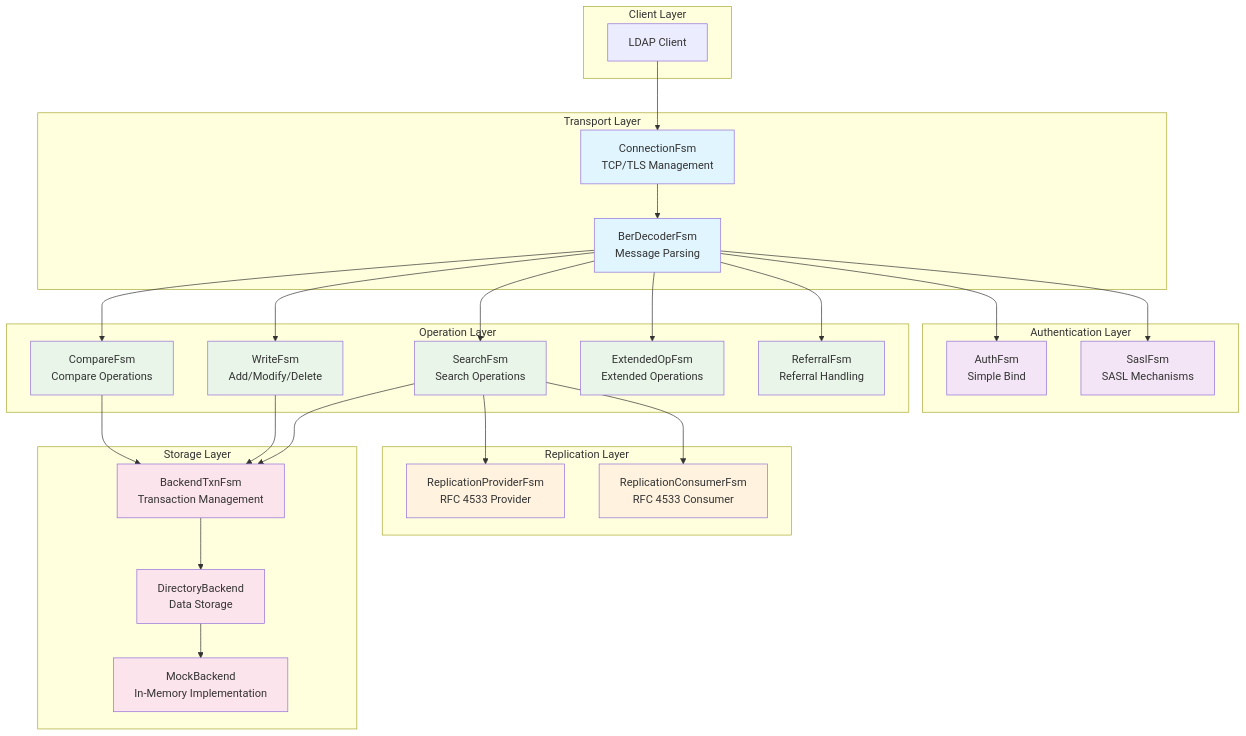
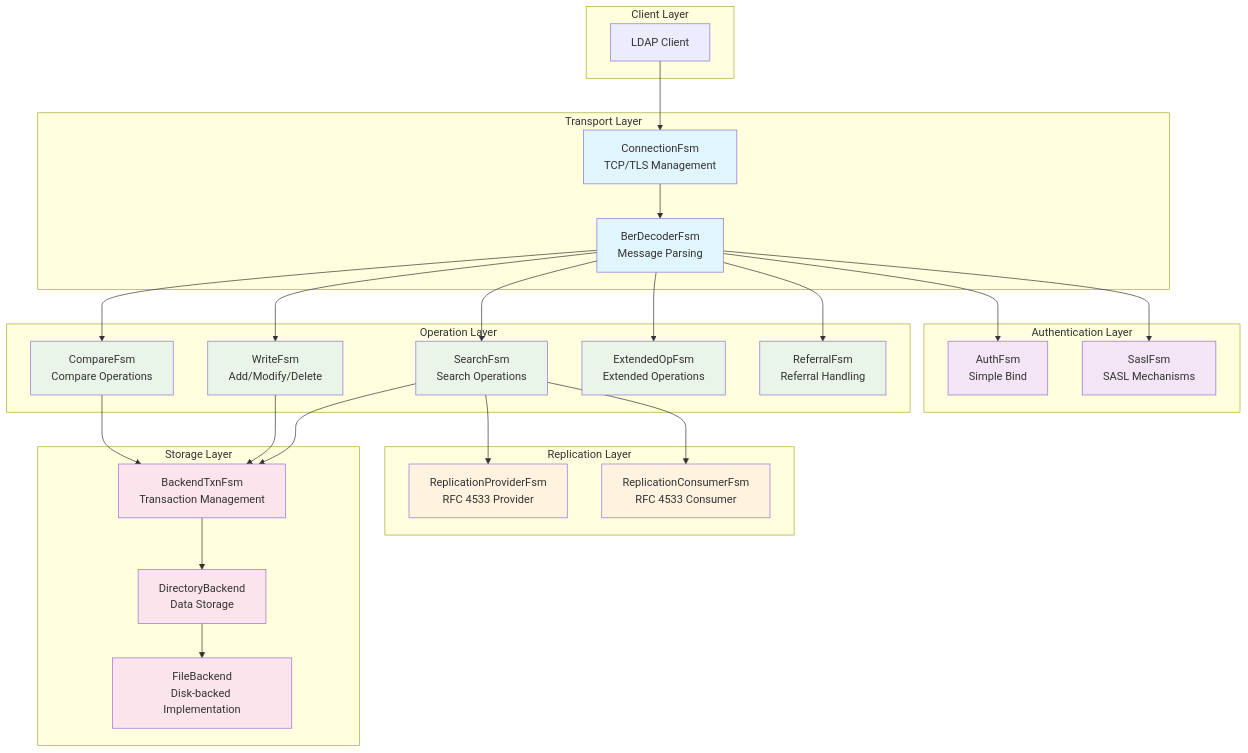
The first of 4 diagrams in docs/architecture-overview.md (keaz/opendr), drawn with Mermaid before and after one commit. The commit also changed other lines of this file and 8 other files, not shown here.

Commit message:
Add disk-backed directory backend and tests

````diff
--- a/docs/architecture-overview.md
+++ b/docs/architecture-overview.md
@@ -7,64 +7,64 @@
 ```mermaid
 graph TB
     subgraph "Client Layer"
         C[LDAP Client]
     end
 
     subgraph "Transport Layer"
         CF[ConnectionFsm<br/>TCP/TLS Management]
         BF[BerDecoderFsm<br/>Message Parsing]
     end
 
     subgraph "Authentication Layer"
         AF[AuthFsm<br/>Simple Bind]
         SF[SaslFsm<br/>SASL Mechanisms]
     end
 
     subgraph "Operation Layer"
         SeF[SearchFsm<br/>Search Operations]
         WF[WriteFsm<br/>Add/Modify/Delete]
         CoF[CompareFsm<br/>Compare Operations]
         EF[ExtendedOpFsm<br/>Extended Operations]
         RF[ReferralFsm<br/>Referral Handling]
     end
 
     subgraph "Replication Layer"
         RPF[ReplicationProviderFsm<br/>RFC 4533 Provider]
         RCF[ReplicationConsumerFsm<br/>RFC 4533 Consumer]
     end
 
     subgraph "Storage Layer"
         BTF[BackendTxnFsm<br/>Transaction Management]
         DB[DirectoryBackend<br/>Data Storage]
-        MB[MockBackend<br/>In-Memory Implementation]
+        FB[FileBackend<br/>Disk-backed Implementation]
     end
 
     C --> CF
     CF --> BF
     BF --> AF
     BF --> SF
     BF --> SeF
     BF --> WF
     BF --> CoF
     BF --> EF
     BF --> RF
     SeF --> BTF
     WF --> BTF
     CoF --> BTF
     BTF --> DB
-    DB --> MB
+    DB --> FB
     SeF --> RPF
     SeF --> RCF
 
     classDef transport fill:#e1f5fe
     classDef auth fill:#f3e5f5
     classDef operation fill:#e8f5e8
     classDef replication fill:#fff3e0
     classDef storage fill:#fce4ec
 
     class CF,BF transport
     class AF,SF auth
     class SeF,WF,CoF,EF,RF operation
     class RPF,RCF replication
-    class BTF,DB,MB storage
+    class BTF,DB,FB storage
 ```
````
